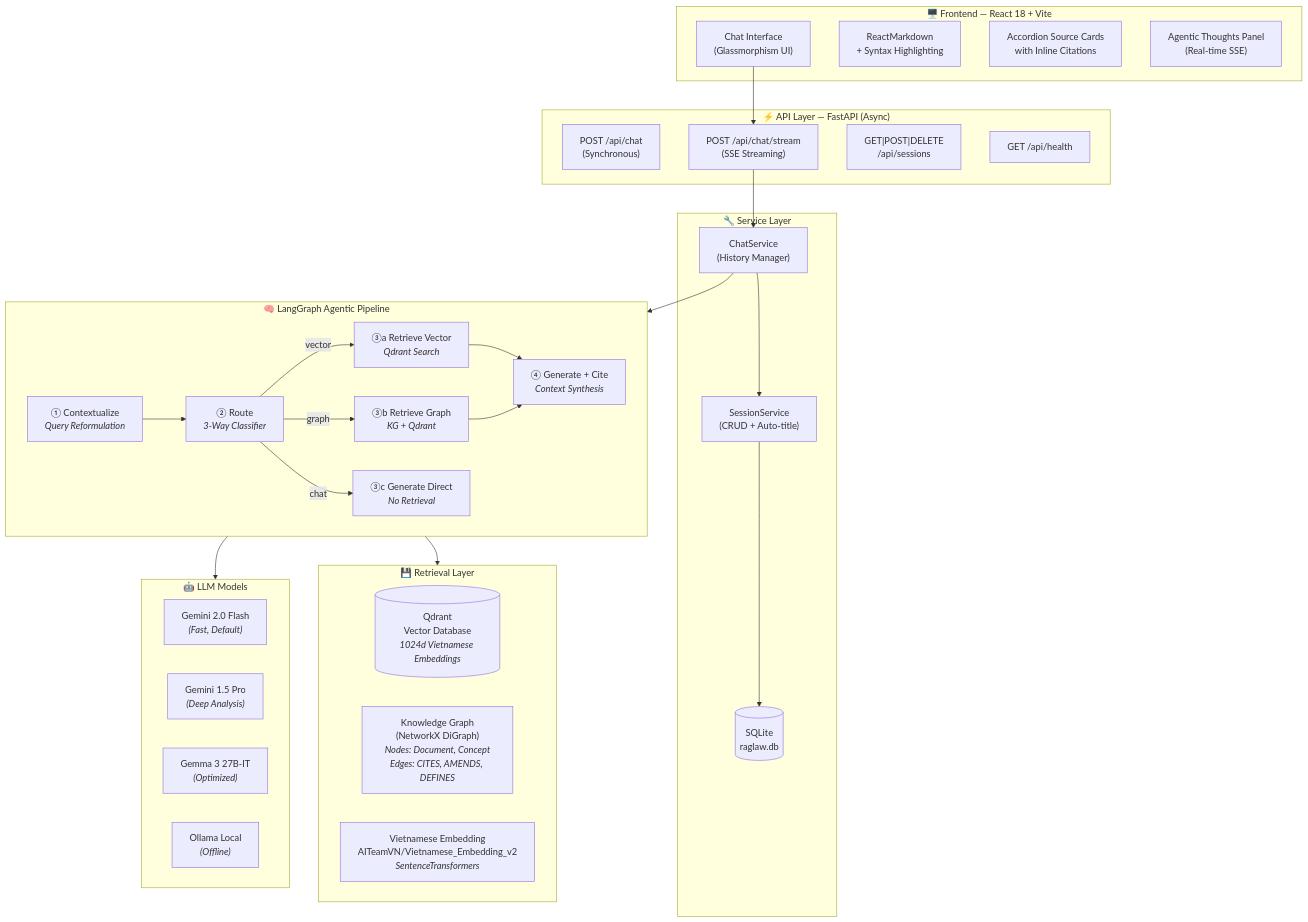
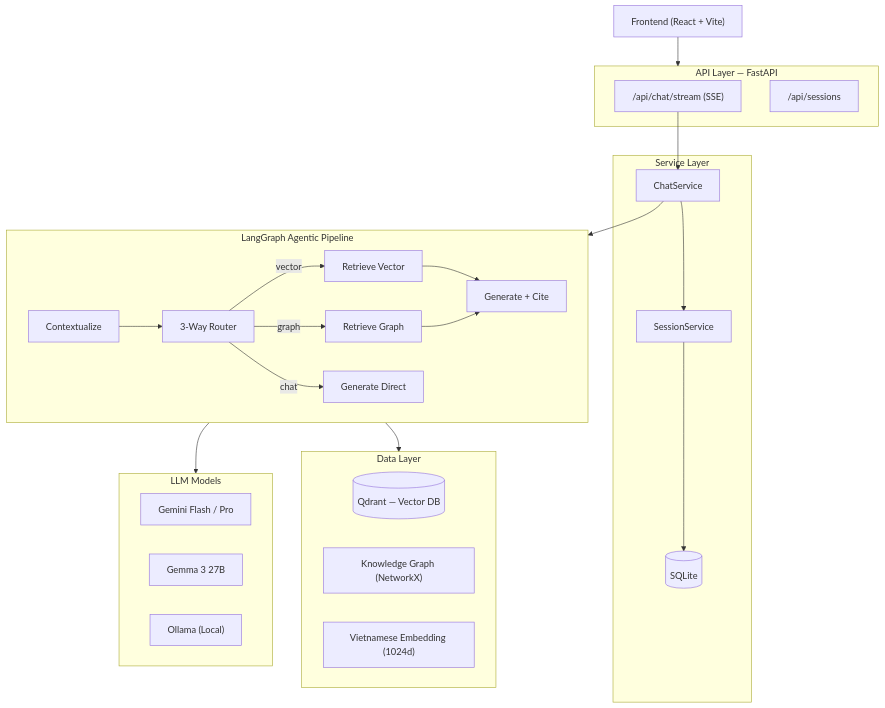
Before and after one commit to cakho6179/RagLaw: the first of 2 diagrams in README.md, drawn with Mermaid. The commit also changed other lines of this file, not shown here.

````diff
--- a/README.md
+++ b/README.md
@@ -102,58 +92,41 @@
 ```mermaid
 flowchart TB
-    subgraph Client["🖥️ Frontend — React 18 + Vite"]
-        UI["Chat Interface<br/>(Glassmorphism UI)"]
-        MD["ReactMarkdown<br/>+ Syntax Highlighting"]
-        SRC["Accordion Source Cards<br/>with Inline Citations"]
-        THT["Agentic Thoughts Panel<br/>(Real-time SSE)"]
+    Client["Frontend (React + Vite)"] --> API
+
+    subgraph API["API Layer — FastAPI"]
+        STREAM["/api/chat/stream (SSE)"]
+        SESS["/api/sessions"]
     end
 
-    subgraph API["⚡ API Layer — FastAPI (Async)"]
-        CHAT["POST /api/chat<br/>(Synchronous)"]
-        STREAM["POST /api/chat/stream<br/>(SSE Streaming)"]
-        SESS["GET|POST|DELETE<br/>/api/sessions"]
-        HEALTH["GET /api/health"]
+    subgraph Service["Service Layer"]
+        CS["ChatService"] --> SS["SessionService"]
+        SS --> DB[("SQLite")]
     end
 
-    subgraph Service["🔧 Service Layer"]
-        CS["ChatService<br/>(History Manager)"]
-        SS["SessionService<br/>(CRUD + Auto-title)"]
-        DB[("SQLite<br/>raglaw.db")]
-    end
-
-    subgraph Pipeline["🧠 LangGraph Agentic Pipeline"]
+    subgraph Pipeline["LangGraph Agentic Pipeline"]
         direction LR
-        CTX["① Contextualize<br/><i>Query Reformulation</i>"]
-        ROUTE["② Route<br/><i>3-Way Classifier</i>"]
-        RV["③a Retrieve Vector<br/><i>Qdrant Search</i>"]
-        RG["③b Retrieve Graph<br/><i>KG + Qdrant</i>"]
-        GD["③c Generate Direct<br/><i>No Retrieval</i>"]
-        GEN["④ Generate + Cite<br/><i>Context Synthesis</i>"]
-        CTX --> ROUTE
-        ROUTE -->|"vector"| RV
-        ROUTE -->|"graph"| RG
-        ROUTE -->|"chat"| GD
-        RV --> GEN
+        CTX["Contextualize"] --> ROUTE["3-Way Router"]
+        ROUTE -->|vector| RV["Retrieve Vector"]
+        ROUTE -->|graph| RG["Retrieve Graph"]
+        ROUTE -->|chat| GD["Generate Direct"]
+        RV --> GEN["Generate + Cite"]
         RG --> GEN
     end
 
-    subgraph Storage["💾 Retrieval Layer"]
-        QD[("Qdrant<br/>Vector Database<br/><i>1024d Vietnamese Embeddings</i>")]
-        KG["Knowledge Graph<br/>(NetworkX DiGraph)<br/><i>Nodes: Document, Concept</i><br/><i>Edges: CITES, AMENDS, DEFINES</i>"]
-        EMB["Vietnamese Embedding<br/>AITeamVN/Vietnamese_Embedding_v2<br/><i>SentenceTransformers</i>"]
+    subgraph Data["Data Layer"]
+        QD[("Qdrant — Vector DB")]
+        KG["Knowledge Graph (NetworkX)"]
+        EMB["Vietnamese Embedding (1024d)"]
     end
 
-    subgraph Models["🤖 LLM Models"]
-        GF["Gemini 2.0 Flash<br/><i>(Fast, Default)</i>"]
-        GP["Gemini 1.5 Pro<br/><i>(Deep Analysis)</i>"]
-        GM["Gemma 3 27B-IT<br/><i>(Optimized)</i>"]
-        OL["Ollama Local<br/><i>(Offline)</i>"]
+    subgraph LLMs["LLM Models"]
+        GF["Gemini Flash / Pro"]
+        GM["Gemma 3 27B"]
+        OL["Ollama (Local)"]
     end
 
-    UI --> STREAM
     STREAM --> CS
     CS --> Pipeline
-    Pipeline --> Storage
-    Pipeline --> Models
-    CS --> SS --> DB
+    Pipeline --> Data
+    Pipeline --> LLMs
 ```
````
